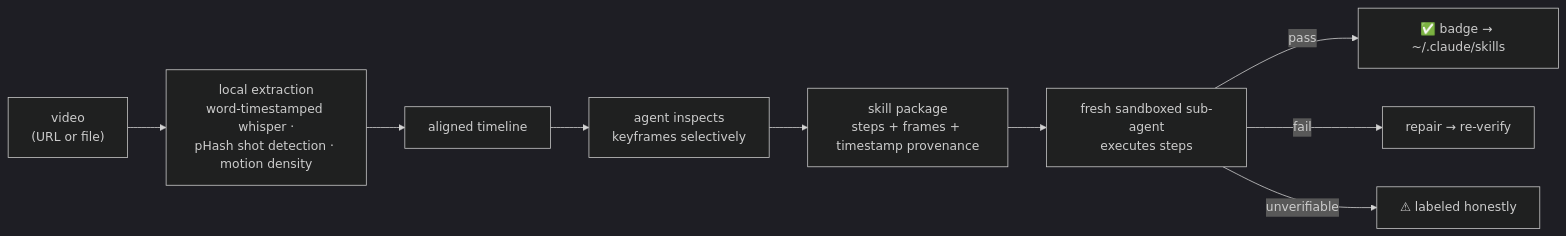
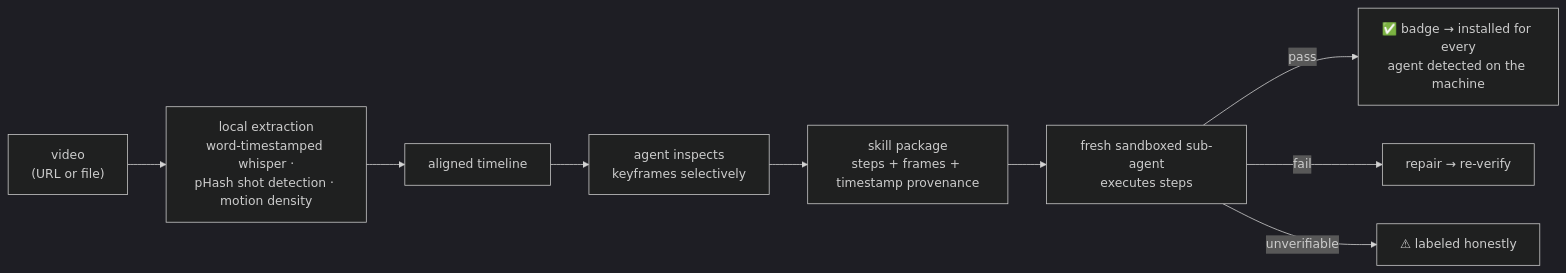
The diagram in README.md (brenoepics/video-to-skill), drawn with Mermaid (dark theme) before and after one commit. The commit also changed other lines of this file and 2 other files, not shown here.

Commit message:
docs: install generated skills cross-agent

````diff
--- a/README.md
+++ b/README.md
@@ -67,11 +70,11 @@
 ```mermaid
 flowchart LR
     A["video<br/>(URL or file)"] --> B["local extraction<br/>word-timestamped whisper ·<br/>pHash shot detection · motion density"]
     B --> C[aligned timeline]
     C --> D[agent inspects<br/>keyframes selectively]
     D --> E["skill package<br/>steps + frames + timestamp provenance"]
     E --> F[fresh sandboxed sub-agent<br/>executes steps]
-    F -->|pass| G["✅ badge → ~/.claude/skills"]
+    F -->|pass| G["✅ badge → installed for every<br/>agent detected on the machine"]
     F -->|fail| H[repair → re-verify]
     F -->|unverifiable| I["⚠ labeled honestly"]
 ```
````
